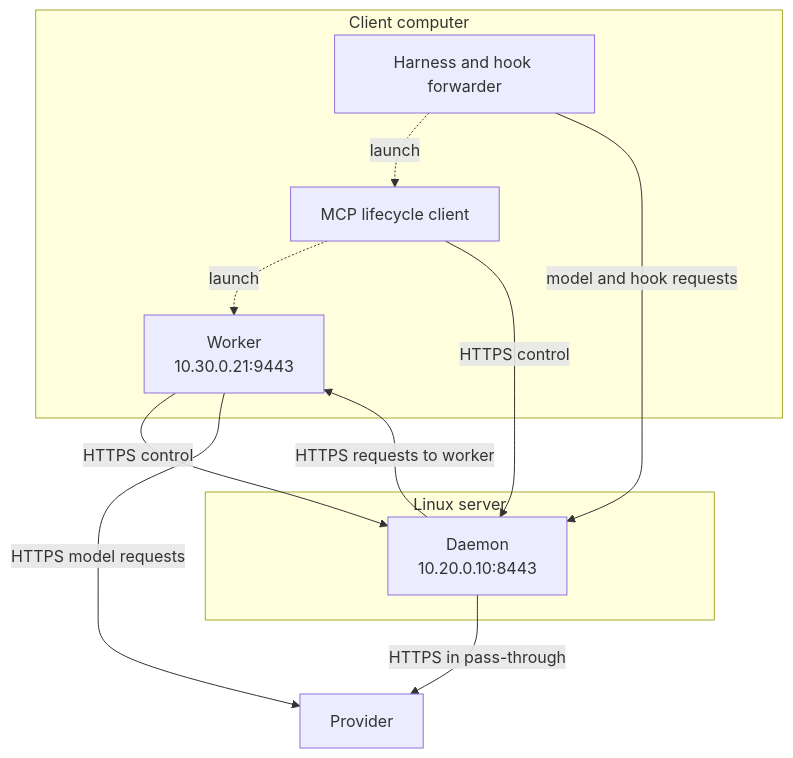
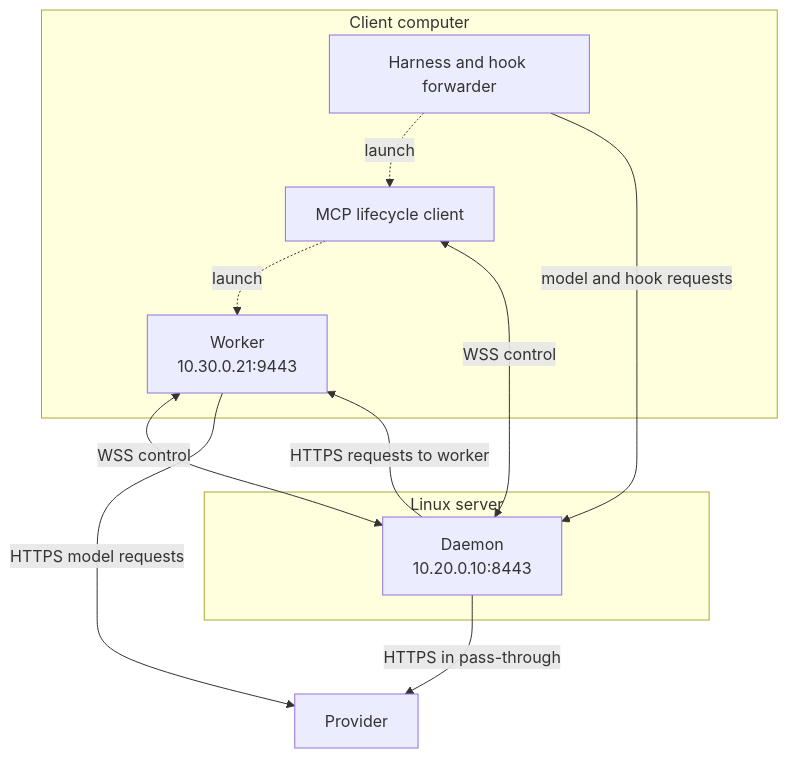
Before and after one commit to NVIDIA/NeMo-Flow: the diagram in docs/daemon/remote-server.mdx, drawn with Mermaid. The commit also changed other lines of this file and 7 other files, not shown here.

````diff
--- a/docs/daemon/remote-server.mdx
+++ b/docs/daemon/remote-server.mdx
@@ -33,19 +33,19 @@
 ```mermaid
 flowchart TD
     subgraph Client["Client computer"]
         H["Harness and hook forwarder"]
         M["MCP lifecycle client"]
         W["Worker<br/>10.30.0.21:9443"]
         H -. "launch" .-> M
         M -. "launch" .-> W
     end
     subgraph Server["Linux server"]
         D["Daemon<br/>10.20.0.10:8443"]
     end
     H -->|"model and hook requests"| D
-    M -->|"HTTPS control"| D
-    W -->|"HTTPS control"| D
+    M <-->|"WSS control"| D
+    W <-->|"WSS control"| D
     D -->|"HTTPS requests to worker"| W
     W -->|"HTTPS model requests"| P["Provider"]
     D -->|"HTTPS in pass-through"| P
 ```
````
